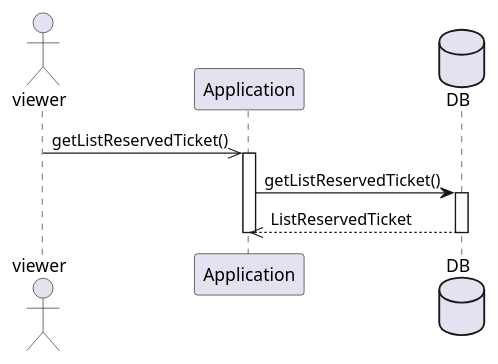
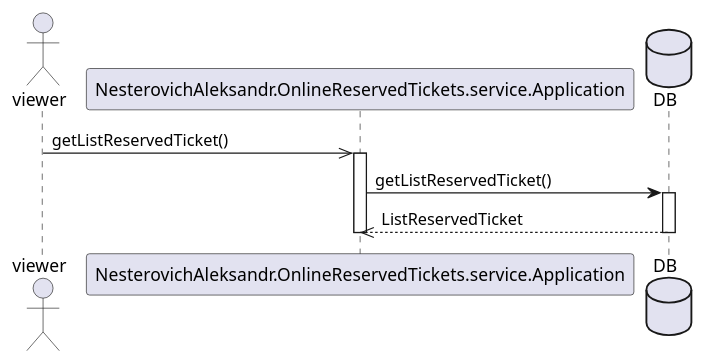
One commit to chivo-retsen/OnlineReservedTickets changed the diagram in src/main/resources/UML/see the list of reserved tickets.puml. Above: the diagram before and after it, drawn with PlantUML. The commit also changed 31 other files, not shown here.

```diff
--- a/src/main/resources/UML/see the list of reserved tickets.puml
+++ b/src/main/resources/UML/see the list of reserved tickets.puml
@@ -1,18 +1,18 @@
 @startuml
 
 actor viewer
 
-viewer ->> Application : getListReservedTicket()
+viewer ->> NesterovichAleksandr.OnlineReservedTickets.service.Application : getListReservedTicket()
 
-activate Application
+activate NesterovichAleksandr.OnlineReservedTickets.service.Application
 
 database DB
 
-Application -> DB : getListReservedTicket()
+NesterovichAleksandr.OnlineReservedTickets.service.Application -> DB : getListReservedTicket()
 activate DB
-Application <<-- DB : ListReservedTicket
+NesterovichAleksandr.OnlineReservedTickets.service.Application <<-- DB : ListReservedTicket
 deactivate DB
 
-deactivate Application
+deactivate NesterovichAleksandr.OnlineReservedTickets.service.Application
 
 @enduml
```
